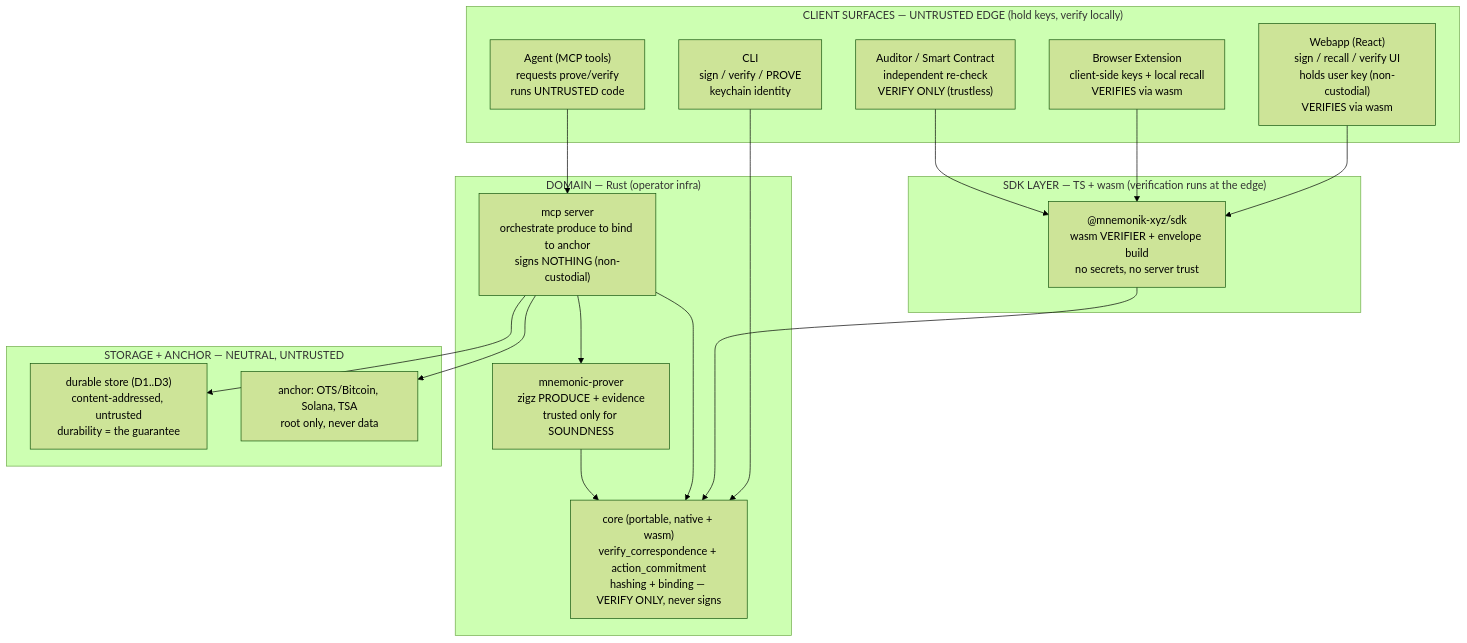
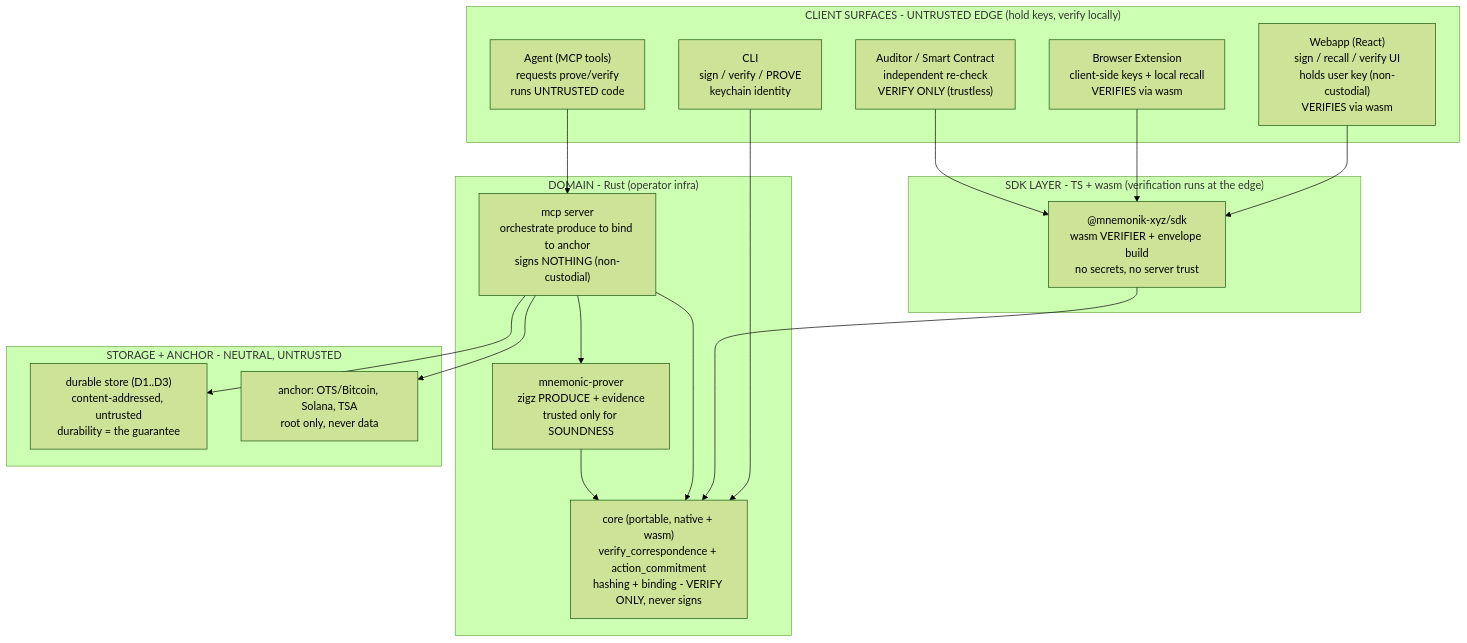
One commit to mnemonik-xyz/monorepo changed the seventh of 8 diagrams in work/research/computation-proof/architecture.md. Above: the diagram before and after it, drawn with Mermaid (forest theme). The commit also changed other lines of this file, not shown here.

First line of the commit message:
fix(docs): make all mermaid blocks render (parser-safe syntax)

````diff
--- a/work/research/computation-proof/architecture.md
+++ b/work/research/computation-proof/architecture.md
@@ -197,34 +197,34 @@
 ```mermaid
 flowchart TB
-    subgraph EDGE["CLIENT SURFACES — UNTRUSTED EDGE (hold keys, verify locally)"]
+    subgraph EDGE["CLIENT SURFACES - UNTRUSTED EDGE (hold keys, verify locally)"]
         web["Webapp (React)<br/>sign / recall / verify UI<br/>holds user key (non-custodial)<br/>VERIFIES via wasm"]
         ext["Browser Extension<br/>client-side keys + local recall<br/>VERIFIES via wasm"]
         cli["CLI<br/>sign / verify / PROVE<br/>keychain identity"]
         agent["Agent (MCP tools)<br/>requests prove/verify<br/>runs UNTRUSTED code"]
         aud["Auditor / Smart Contract<br/>independent re-check<br/>VERIFY ONLY (trustless)"]
     end
-    subgraph SDKL["SDK LAYER — TS + wasm (verification runs at the edge)"]
+    subgraph SDKL["SDK LAYER - TS + wasm (verification runs at the edge)"]
         sdk["@mnemonik-xyz/sdk<br/>wasm VERIFIER + envelope build<br/>no secrets, no server trust"]
     end
-    subgraph DOMAIN["DOMAIN — Rust (operator infra)"]
-        core["core (portable, native + wasm)<br/>verify_correspondence + action_commitment<br/>hashing + binding — VERIFY ONLY, never signs"]
+    subgraph DOMAIN["DOMAIN - Rust (operator infra)"]
+        core["core (portable, native + wasm)<br/>verify_correspondence + action_commitment<br/>hashing + binding - VERIFY ONLY, never signs"]
         prover["mnemonic-prover<br/>zigz PRODUCE + evidence<br/>trusted only for SOUNDNESS"]
         mcpsrv["mcp server<br/>orchestrate produce to bind to anchor<br/>signs NOTHING (non-custodial)"]
     end
-    subgraph INFRA["STORAGE + ANCHOR — NEUTRAL, UNTRUSTED"]
+    subgraph INFRA["STORAGE + ANCHOR - NEUTRAL, UNTRUSTED"]
         store["durable store (D1..D3)<br/>content-addressed, untrusted<br/>durability = the guarantee"]
         anchor["anchor: OTS/Bitcoin, Solana, TSA<br/>root only, never data"]
     end
 
     web --> sdk
     ext --> sdk
     aud --> sdk
     cli --> core
     agent --> mcpsrv
     sdk --> core
     mcpsrv --> core
     mcpsrv --> prover
     mcpsrv --> store
     mcpsrv --> anchor
     prover --> core
 ```
````
